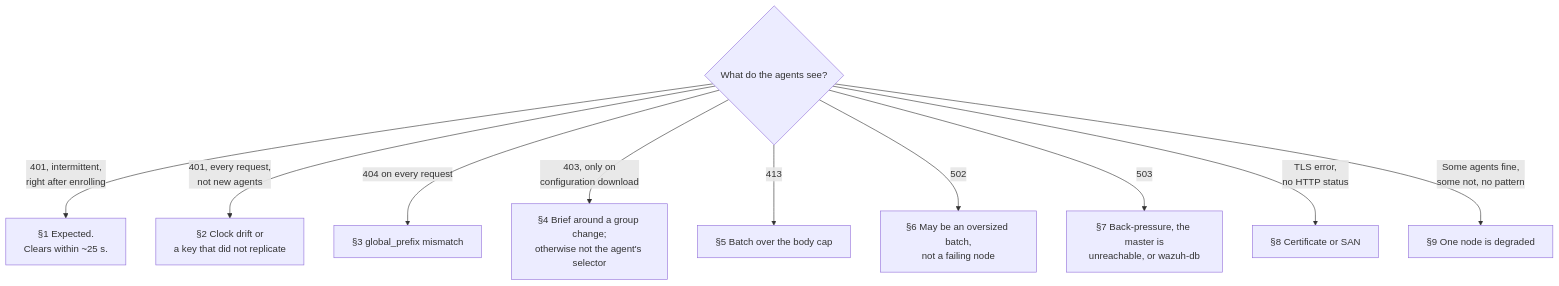
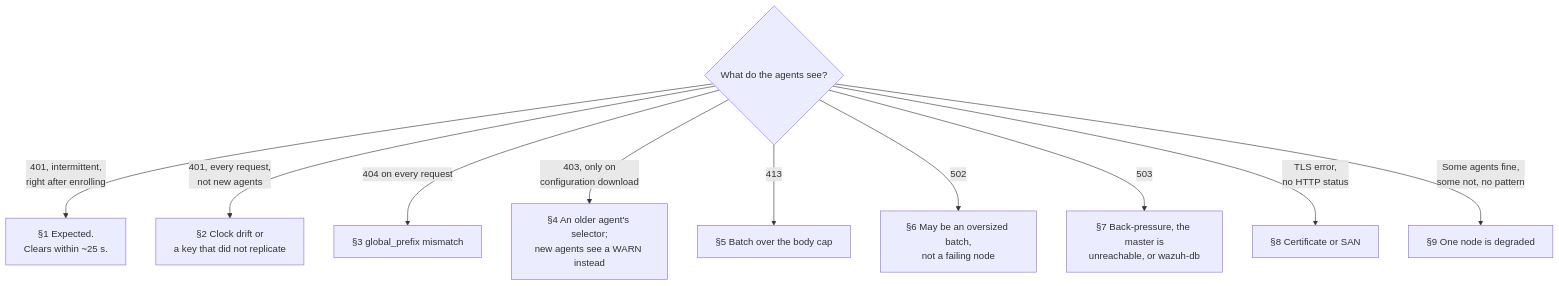
Before and after one commit to wazuh/wazuh: the first of 2 diagrams in docs/ref/modules/cluster/lb-troubleshooting.md, drawn with Mermaid. The commit also changed other lines of this file and 9 other files, not shown here.

````diff
--- a/docs/ref/modules/cluster/lb-troubleshooting.md
+++ b/docs/ref/modules/cluster/lb-troubleshooting.md
@@ -14,14 +14,14 @@
 ```mermaid
 flowchart TD
     S{"What do the agents see?"}
 
     S -->|"401, intermittent,<br/>right after enrolling"| A["§1 Expected.<br/>Clears within ~25 s."]
     S -->|"401, every request,<br/>not new agents"| B["§2 Clock drift or<br/>a key that did not replicate"]
     S -->|"404 on every request"| C["§3 global_prefix mismatch"]
-    S -->|"403, only on<br/>configuration download"| D["§4 Brief around a group change;<br/>otherwise not the agent's selector"]
+    S -->|"403, only on<br/>configuration download"| D["§4 An older agent's selector;<br/>new agents see a WARN instead"]
     S -->|"413"| E["§5 Batch over the body cap"]
     S -->|"502"| F["§6 May be an oversized batch,<br/>not a failing node"]
     S -->|"503"| G["§7 Back-pressure, the master is<br/>unreachable, or wazuh-db"]
     S -->|"TLS error,<br/>no HTTP status"| H["§8 Certificate or SAN"]
     S -->|"Some agents fine,<br/>some not, no pattern"| I["§9 One node is degraded"]
 ```
````
